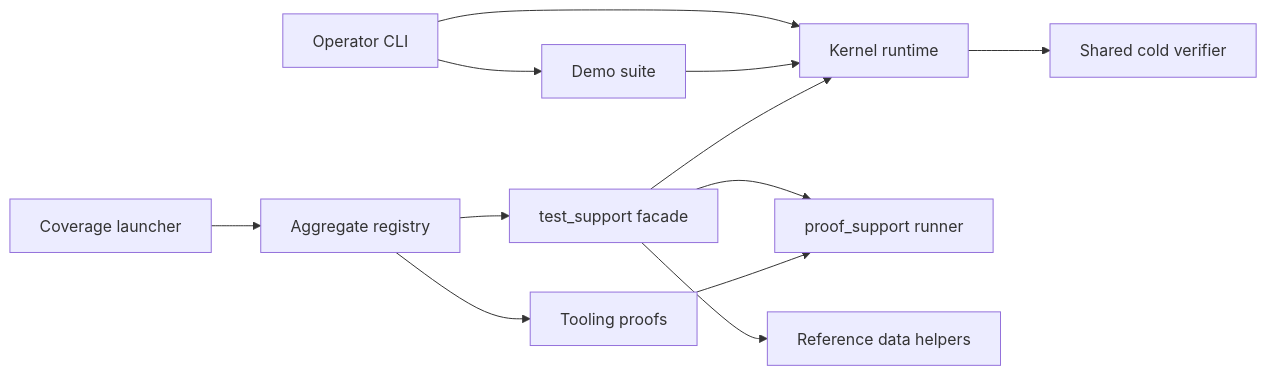
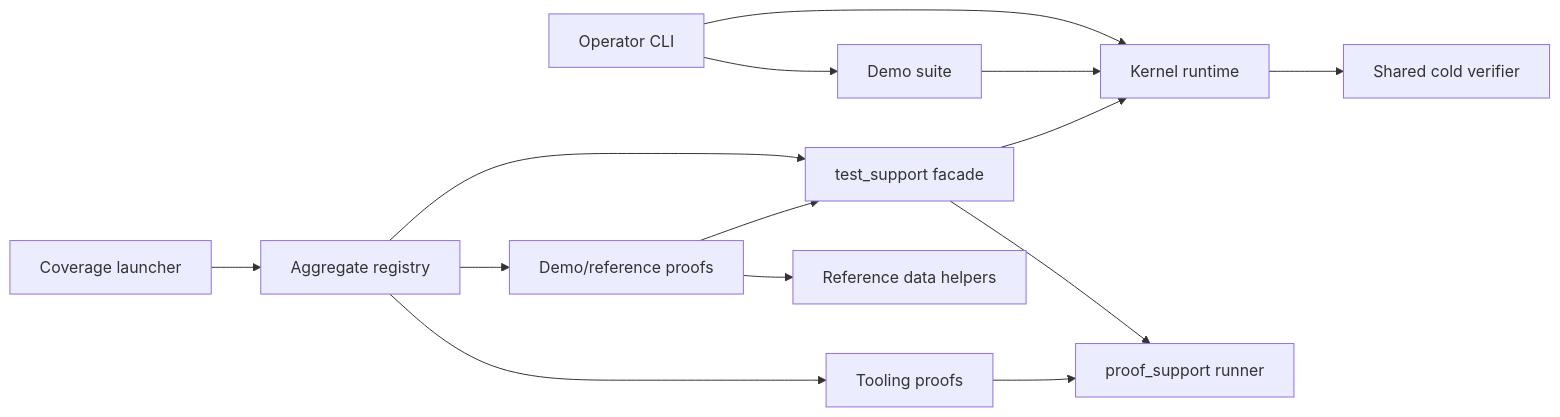
One commit to violent-xrp/rss_v0.1.0 changed the diagram in docs/SIGIL_CRUCIBLE.md. Above: the diagram before and after it, drawn with Mermaid. The commit also changed other lines of this file and 6 other files, not shown here.

Commit message:
build: checkpoint demo reference boundary (DOCS-04)

````diff
--- a/docs/SIGIL_CRUCIBLE.md
+++ b/docs/SIGIL_CRUCIBLE.md
@@ -178,14 +181,16 @@
 ```mermaid
 flowchart LR
     CLI["Operator CLI"] --> Runtime["Kernel runtime"]
     CLI --> Demo["Demo suite"]
     Demo --> Runtime
     Runtime --> Verify["Shared cold verifier"]
     Registry["Aggregate registry"] --> Harness["test_support facade"]
     Registry --> Tooling["Tooling proofs"]
     Harness --> ProofSupport["proof_support runner"]
     Tooling --> ProofSupport
     Harness --> Runtime
-    Harness --> Reference["Reference data helpers"]
+    Registry --> DemoProof["Demo/reference proofs"]
+    DemoProof --> Harness
+    DemoProof --> Reference["Reference data helpers"]
     Coverage["Coverage launcher"] --> Registry
 ```
````
